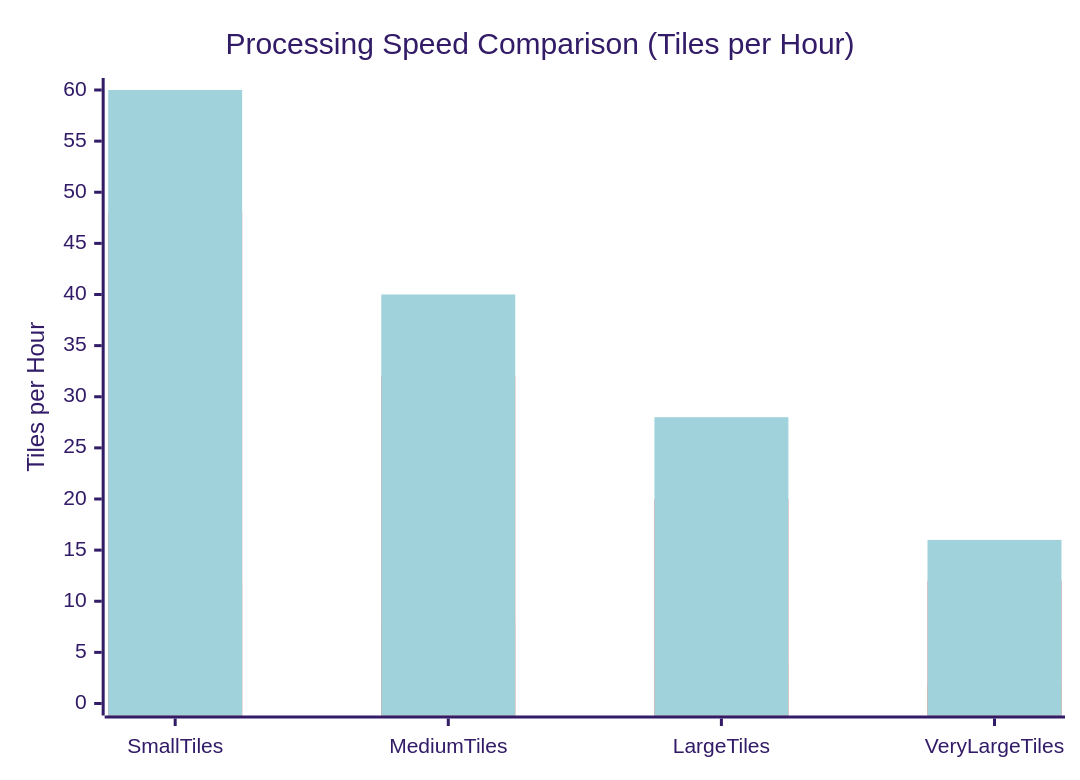
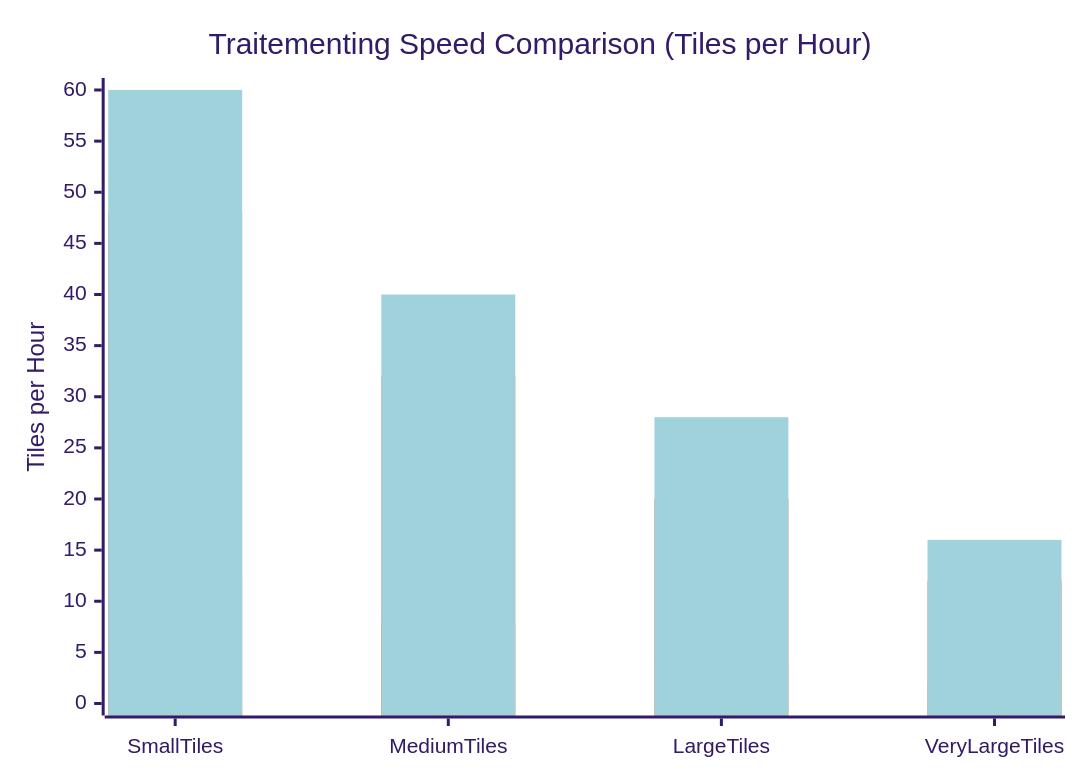
The second of 3 diagrams in website/i18n/fr/docusaurus-plugin-content-docs/current/gpu/overview.md (sducournau/IGN_LIDAR_HD_DATASET), drawn with Mermaid (forest theme) before and after one commit. The commit also changed other lines of this file and 42 other files, not shown here.

````diff
--- a/website/i18n/fr/docusaurus-plugin-content-docs/current/gpu/overview.md
+++ b/website/i18n/fr/docusaurus-plugin-content-docs/current/gpu/overview.md
@@ -315,9 +315,9 @@
 ```mermaid
 xychart-beta
-    title "Processing Speed Comparison (Tiles per Hour)"
+    title "Traitementing Speed Comparison (Tiles per Hour)"
     x-axis [Small Tiles, Medium Tiles, Large Tiles, Very Large Tiles]
     y-axis "Tiles per Hour" 0 --> 60
     bar "CPU (8 cores)" [12, 8, 4, 2]
     bar "GPU (RTX 3080)" [48, 32, 20, 12]
     bar "GPU (RTX 4090)" [60, 40, 28, 16]
 ```
````
